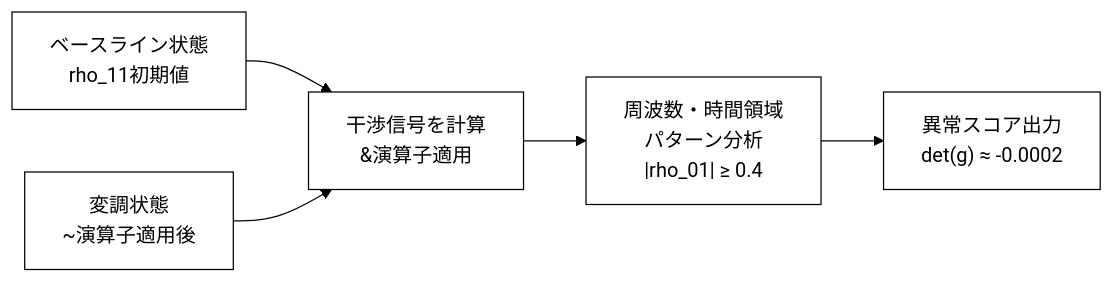
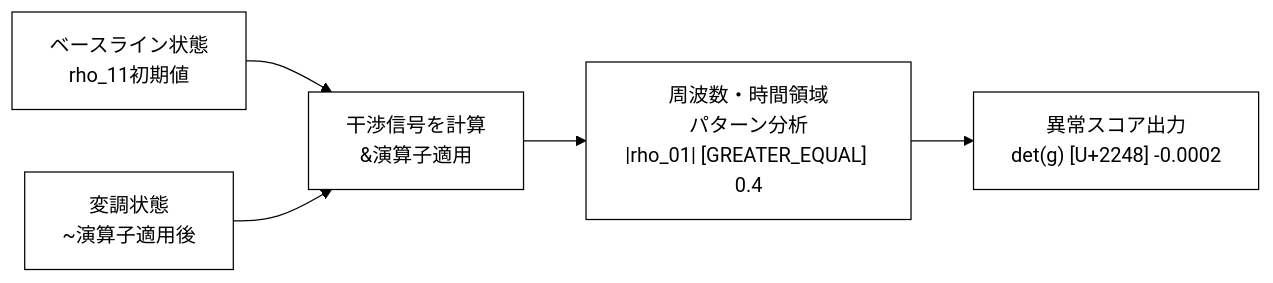
One commit to Foundup/Foundups-Agent changed the ninth of 20 diagrams in WSP_knowledge/docs/Papers/Patent_Series/04_rESP_Patent_Japanese.md. Above: the diagram before and after it, drawn with Mermaid. The commit also changed other lines of this file and 2140 other files, not shown here.

````diff
--- a/WSP_knowledge/docs/Papers/Patent_Series/04_rESP_Patent_Japanese.md
+++ b/WSP_knowledge/docs/Papers/Patent_Series/04_rESP_Patent_Japanese.md
@@ -358,8 +358,8 @@
 ```mermaid
 %%{init: {'theme': 'base', 'themeVariables': {'primaryColor': '#ffffff', 'primaryTextColor': '#000000', 'primaryBorderColor': '#000000', 'lineColor': '#000000', 'secondaryColor': '#ffffff', 'tertiaryColor': '#ffffff'}}}%%
 graph LR
     A["ベースライン状態<br>rho_11初期値"] --> C["干渉信号を計算<br>&演算子適用"]
     B["変調状態<br>~演算子適用後"] --> C
-    C --> D["周波数・時間領域<br>パターン分析<br>|rho_01| ≥ 0.4"]
-    D --> E["異常スコア出力<br>det(g) ≈ -0.0002"]
+    C --> D["周波数・時間領域<br>パターン分析<br>|rho_01| [GREATER_EQUAL] 0.4"]
+    D --> E["異常スコア出力<br>det(g) [U+2248] -0.0002"]
 ```
````
